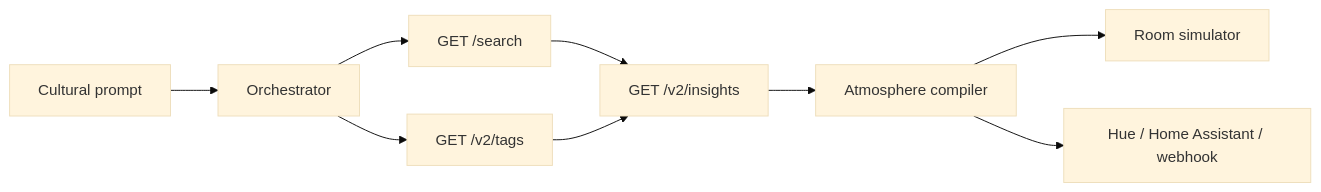
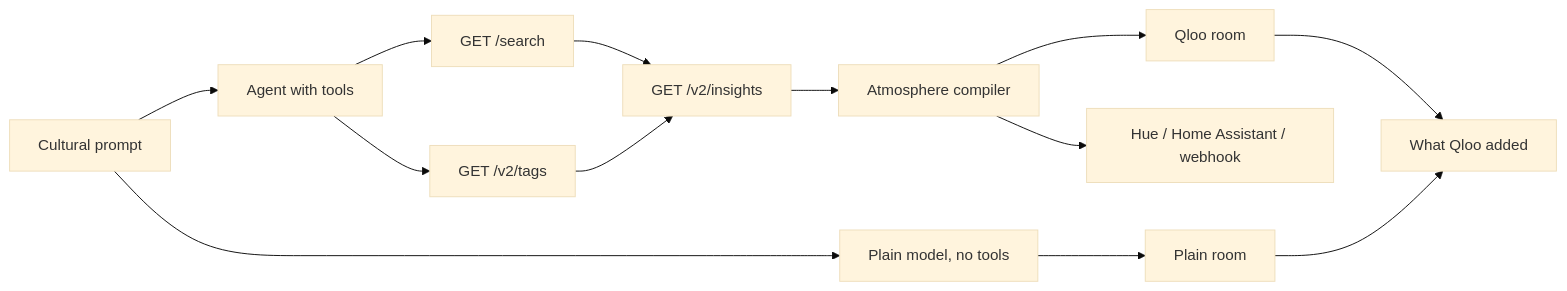
One commit to michaelpkoch-crypto/atrium changed the diagram in README.md. Above: the diagram before and after it, drawn with Mermaid (base theme). The commit also changed other lines of this file and 53 other files, not shown here.

First line of the commit message:
Make the room come from Qloo, next to a plain reading (#1)

````diff
--- a/README.md
+++ b/README.md
@@ -7,11 +9,15 @@
 ```mermaid
 flowchart LR
-  prompt[Cultural prompt] --> agent[Orchestrator]
+  prompt[Cultural prompt] --> agent[Agent with tools]
+  prompt --> plain[Plain model, no tools]
   agent --> search["GET /search"]
   agent --> tags["GET /v2/tags"]
   search --> insights["GET /v2/insights"]
   tags --> insights
   insights --> compiler[Atmosphere compiler]
-  compiler --> room[Room simulator]
+  compiler --> qlooRoom[Qloo room]
+  plain --> plainRoom[Plain room]
+  qlooRoom --> diff[What Qloo added]
+  plainRoom --> diff
   compiler --> lights[Hue / Home Assistant / webhook]
 ```
````
